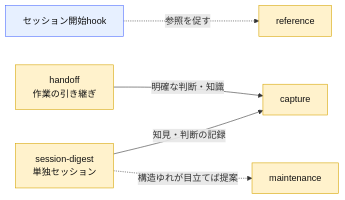
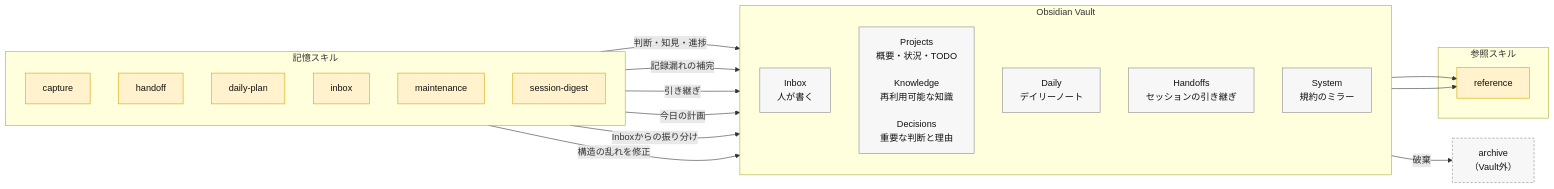
The third of 3 diagrams in vault/Home.md (GKLFBOX/agent-config), drawn with Mermaid before and after one commit. The commit also changed other lines of this file and 18 other files, not shown here.

````diff
--- a/vault/Home.md
+++ b/vault/Home.md
@@ -117,12 +103,46 @@
 ```mermaid
 flowchart LR
-    StartHook["セッション開始hook"] -.->|参照を促す| Reference["reference"]
-    Digest["session-digest<br/>単独セッション"] -->|知見・判断の記録| Capture["capture"]
-    Digest -.->|構造ゆれが目立てば提案| Maintenance["maintenance"]
-    Handoff["handoff<br/>作業の引き継ぎ"] -->|明確な判断・知識| Capture
+    subgraph Skills["記憶スキル"]
+        direction TB
+        Cap["capture"]
+        Hand["handoff"]
+        Plan["daily-plan"]
+        InboxSkill["inbox"]
+        Maint["maintenance"]
+        Digest["session-digest"]
+    end
+
+    subgraph VaultF["Obsidian Vault"]
+        direction TB
+        Inbox["Inbox<br/>人が書く"]
+        Core["Projects<br/>概要・状況・TODO<br/><br/>Knowledge<br/>再利用可能な知識<br/><br/>Decisions<br/>重要な判断と理由"]
+        Daily["Daily<br/>デイリーノート"]
+        Handoffs["Handoffs<br/>セッションの引き継ぎ"]
+        System["System<br/>規約のミラー"]
+    end
+
+    subgraph RefSkills["参照スキル"]
+        Ref["reference"]
+    end
+
+    Archive["archive<br/>（Vault外）"]
+
+    Cap -->|判断・知見・進捗| Core
+    Digest -->|記録漏れの補完| Core
+    Hand -->|引き継ぎ| Handoffs
+    Plan -->|今日の計画| Daily
+    InboxSkill -->|Inboxからの振り分け| Core
+    Maint -->|構造の乱れを修正| VaultF
+    VaultF -->|破棄| Archive
+
+    Core --> Ref
+    Handoffs --> Ref
 
     classDef skill fill:#fff2cc,stroke:#d6a400,color:#111;
-    classDef hook fill:#e7f0ff,stroke:#4b6bff,color:#111;
-    class Reference,Capture,Handoff,Digest,Maintenance skill;
-    class StartHook hook;
+    classDef folder fill:#f7f7f7,stroke:#888,color:#111;
+    classDef actor fill:#e7f0ff,stroke:#4b6bff,color:#111;
+    class Cap,Hand,Plan,InboxSkill,Maint,Ref,Digest skill;
+    class Inbox,Daily,Core,Handoffs,System folder;
+    classDef external fill:#f7f7f7,stroke:#888,color:#111,stroke-dasharray:4 3;
+    class Archive external;
 ```
````
